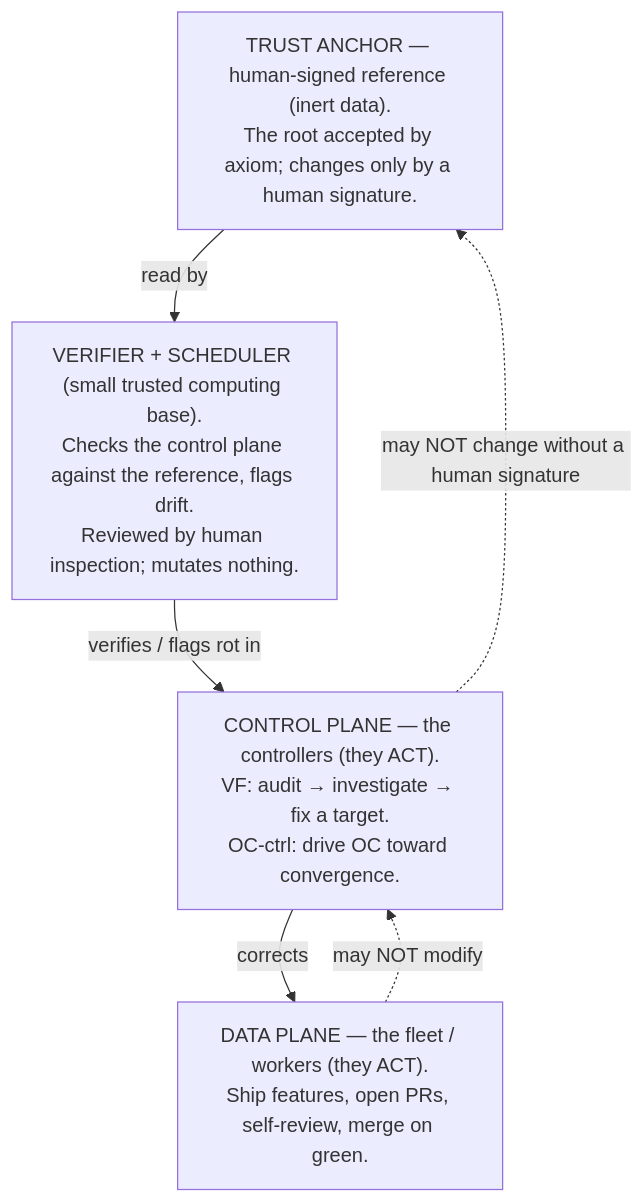
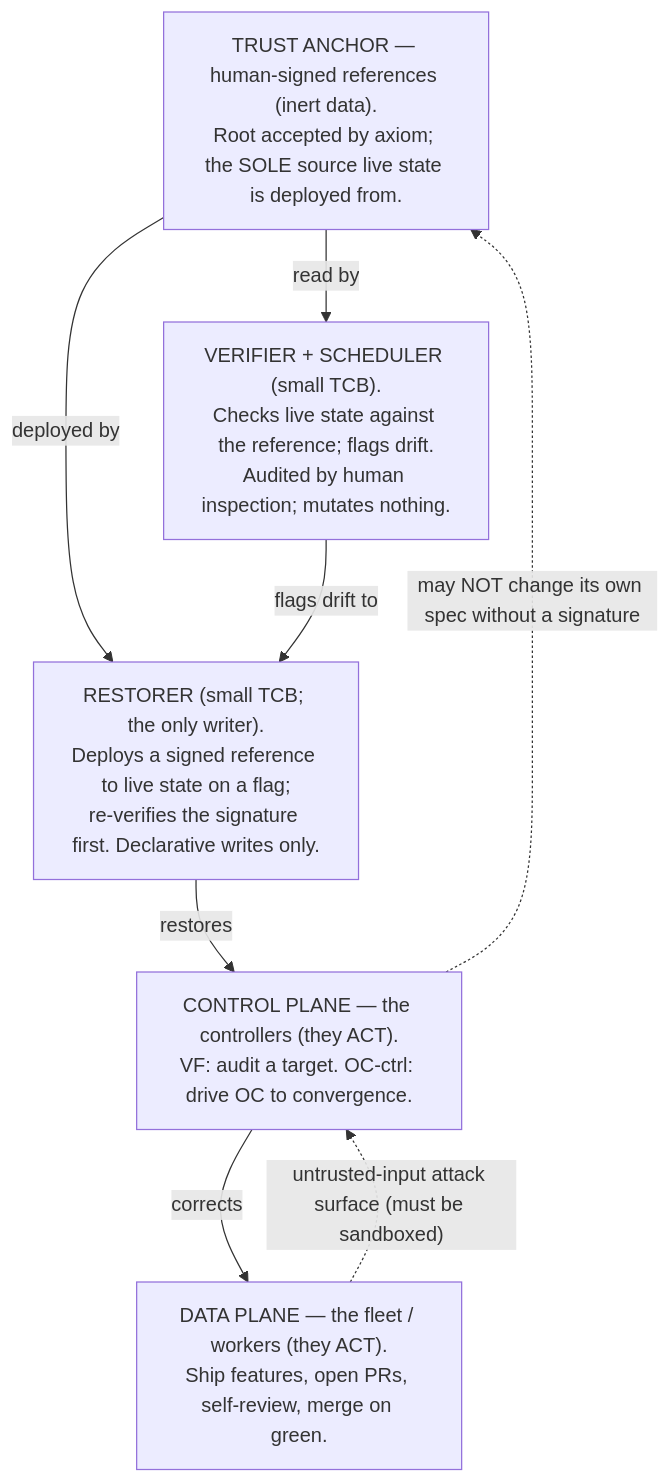
The diagram in docs/architecture/control_plane_and_anchor.md (ProtocolWarden/PlatformManifest), drawn with Mermaid before and after one commit. The commit also changed other lines of this file and 2 other files, not shown here.

First line of the commit message:
docs(architecture): adversarial round 2 — name the restorer, deploy-from-signed

````diff
--- a/docs/architecture/control_plane_and_anchor.md
+++ b/docs/architecture/control_plane_and_anchor.md
@@ -41,13 +52,16 @@
 ```mermaid
 graph TD
-    REF["TRUST ANCHOR — human-signed reference (inert data).<br/>The root accepted by axiom; changes only by a human signature."]
-    VER["VERIFIER + SCHEDULER (small trusted computing base).<br/>Checks the control plane against the reference, flags drift.<br/>Reviewed by human inspection; mutates nothing."]
-    CP["CONTROL PLANE — the controllers (they ACT).<br/>VF: audit → investigate → fix a target.<br/>OC-ctrl: drive OC toward convergence."]
+    REF["TRUST ANCHOR — human-signed references (inert data).<br/>Root accepted by axiom; the SOLE source live state is deployed from."]
+    VER["VERIFIER + SCHEDULER (small TCB).<br/>Checks live state against the reference; flags drift.<br/>Audited by human inspection; mutates nothing."]
+    RES["RESTORER (small TCB; the only writer).<br/>Deploys a signed reference to live state on a flag;<br/>re-verifies the signature first. Declarative writes only."]
+    CP["CONTROL PLANE — the controllers (they ACT).<br/>VF: audit a target. OC-ctrl: drive OC to convergence."]
     DP["DATA PLANE — the fleet / workers (they ACT).<br/>Ship features, open PRs, self-review, merge on green."]
 
     REF -->|"read by"| VER
-    VER -->|"verifies / flags rot in"| CP
+    REF -->|"deployed by"| RES
+    VER -->|"flags drift to"| RES
+    RES -->|"restores"| CP
     CP -->|"corrects"| DP
-    DP -.->|"may NOT modify"| CP
-    CP -.->|"may NOT change without a human signature"| REF
+    DP -.->|"untrusted-input attack surface (must be sandboxed)"| CP
+    CP -.->|"may NOT change its own spec without a signature"| REF
 ```
````
